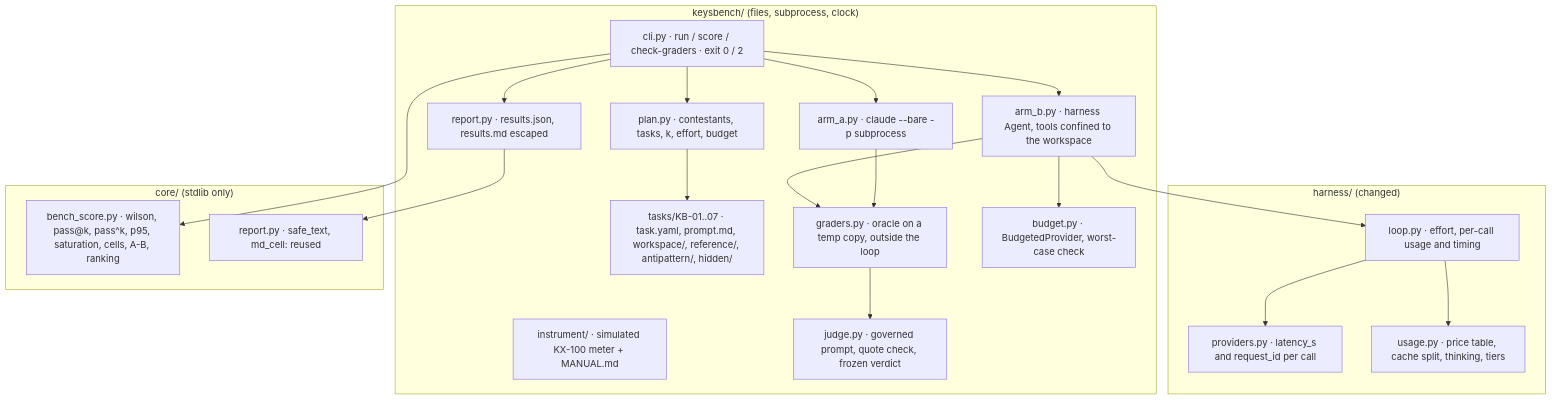
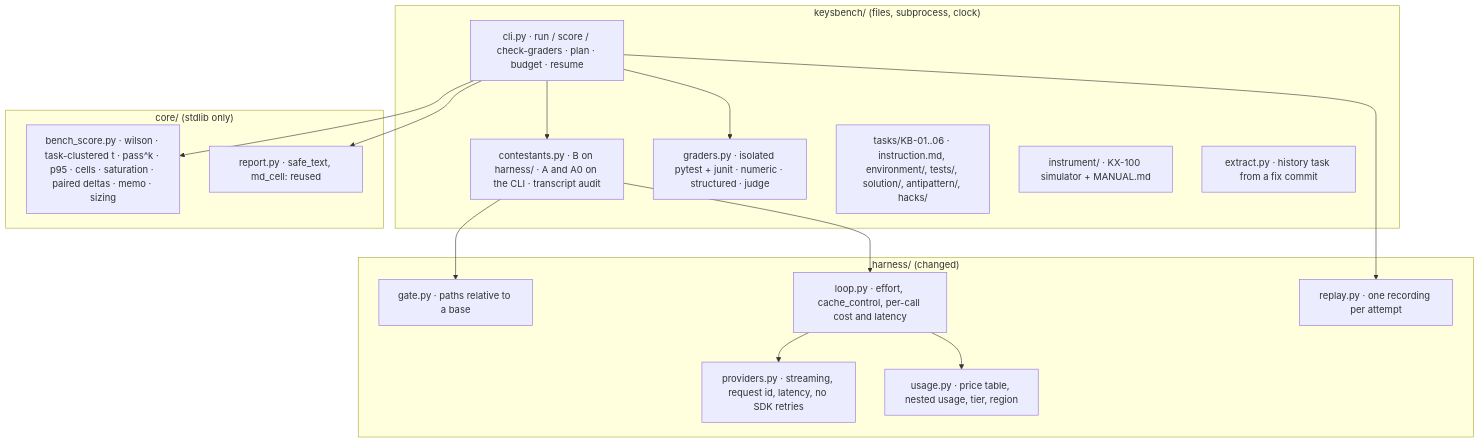
The first of 2 diagrams in docs/design/STORY-004.md (albertgilopez/applied-ai-challenge), drawn with Mermaid before and after one commit. The commit also changed other lines of this file and 3 other files, not shown here.

````diff
--- a/docs/design/STORY-004.md
+++ b/docs/design/STORY-004.md
@@ -27,34 +29,29 @@
 ```mermaid
 flowchart TB
   subgraph kb["keysbench/ (files, subprocess, clock)"]
-    CLI[cli.py · run / score / check-graders · exit 0 / 2]
-    PL[plan.py · contestants, tasks, k, effort, budget]
-    TK[tasks/KB-01..07 · task.yaml, prompt.md, workspace/, reference/, antipattern/, hidden/]
-    IN[instrument/ · simulated KX-100 meter + MANUAL.md]
-    AB[arm_b.py · harness Agent, tools confined to the workspace]
-    AA[arm_a.py · claude --bare -p subprocess]
-    GR[graders.py · oracle on a temp copy, outside the loop]
-    JU[judge.py · governed prompt, quote check, frozen verdict]
-    BU[budget.py · BudgetedProvider, worst-case check]
-    RE[report.py · results.json, results.md escaped]
+    CLI[cli.py · run / score / check-graders · plan · budget · resume]
+    CO[contestants.py · B on harness/ · A and A0 on the CLI · transcript audit]
+    GR[graders.py · isolated pytest + junit · numeric · structured · judge]
+    TK[tasks/KB-01..06 · instruction.md, environment/, tests/, solution/, antipattern/, hacks/]
+    IN[instrument/ · KX-100 simulator + MANUAL.md]
+    EX[extract.py · history task from a fix commit]
   end
   subgraph h["harness/ (changed)"]
-    AG[loop.py · effort, per-call usage and timing]
-    PR[providers.py · latency_s and request_id per call]
-    US[usage.py · price table, cache split, thinking, tiers]
+    GA[gate.py · paths relative to a base]
+    AG[loop.py · effort, cache_control, per-call cost and latency]
+    PR[providers.py · streaming, request id, latency, no SDK retries]
+    US[usage.py · price table, nested usage, tier, region]
+    RP2[replay.py · one recording per attempt]
   end
   subgraph core["core/ (stdlib only)"]
-    SC[bench_score.py · wilson, pass@k, pass^k, p95, saturation, cells, A-B, ranking]
+    SC[bench_score.py · wilson · task-clustered t · pass^k · p95 · cells · saturation · paired deltas · memo · sizing]
     RP[report.py · safe_text, md_cell: reused]
   end
-  CLI --> PL --> TK
-  CLI --> AB --> AG --> PR
-  AB --> BU
-  CLI --> AA
-  AB --> GR
-  AA --> GR
-  GR --> JU
+  CLI --> CO --> AG --> PR
+  CO --> GA
+  CLI --> GR
   CLI --> SC
-  CLI --> RE --> RP
+  CLI --> RP
   AG --> US
+  CLI --> RP2
 ```
````
